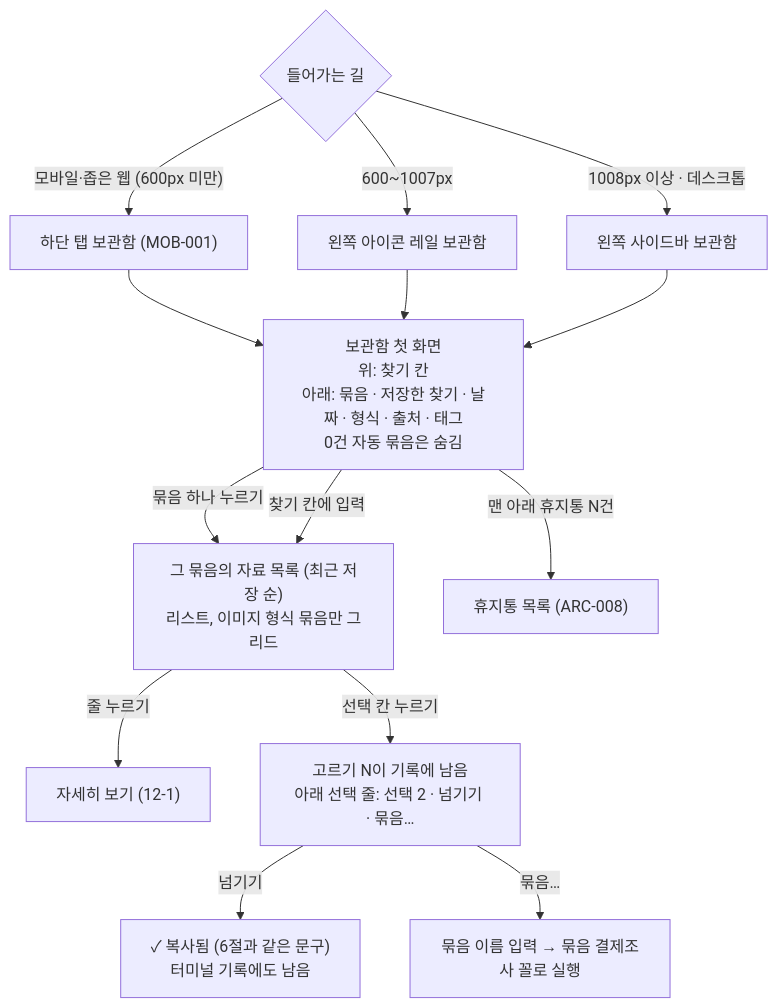
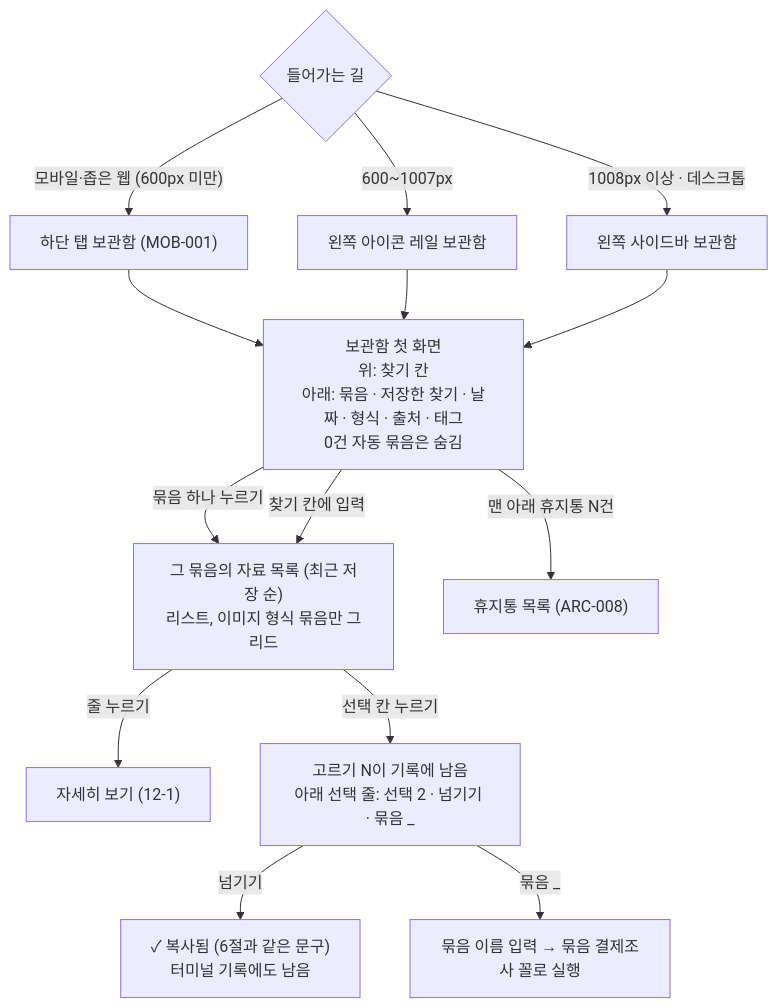
Diagram 12 of 12 in docs/planning/user-flow.md (carti1108/grep), drawn with Mermaid before and after one commit. The commit also changed other lines of this file and 10 other files, not shown here.

````diff
--- a/docs/planning/user-flow.md
+++ b/docs/planning/user-flow.md
@@ -381,16 +381,16 @@
 ```mermaid
 flowchart TD
     A{"들어가는 길"} -- "모바일·좁은 웹 (600px 미만)" --> T["하단 탭 보관함 (MOB-001)"]
     A -- "600~1007px" --> R["왼쪽 아이콘 레일 보관함"]
     A -- "1008px 이상 · 데스크톱" --> S["왼쪽 사이드바 보관함"]
     T --> H
     R --> H
     S --> H["보관함 첫 화면<br/>위: 찾기 칸<br/>아래: 묶음 · 저장한 찾기 · 날짜 · 형식 · 출처 · 태그<br/>0건 자동 묶음은 숨김"]
     H -- "묶음 하나 누르기" --> L["그 묶음의 자료 목록 (최근 저장 순)<br/>리스트, 이미지 형식 묶음만 그리드"]
     H -- "찾기 칸에 입력" --> L
     L -- "줄 누르기" --> D["자세히 보기 (12-1)"]
-    L -- "선택 칸 누르기" --> P["고르기 N이 기록에 남음<br/>아래 선택 줄: 선택 2 · 넘기기 · 묶음…"]
+    L -- "선택 칸 누르기" --> P["고르기 N이 기록에 남음<br/>아래 선택 줄: 선택 2 · 넘기기 · 묶음 _"]
     P -- "넘기기" --> C["✓ 복사됨 (6절과 같은 문구)<br/>터미널 기록에도 남음"]
-    P -- "묶음…" --> B["묶음 이름 입력 → 묶음 결제조사 꼴로 실행"]
+    P -- "묶음 _" --> B["묶음 이름 입력 → 묶음 결제조사 꼴로 실행"]
     H -- "맨 아래 휴지통 N건" --> TR["휴지통 목록 (ARC-008)"]
 ```
````
